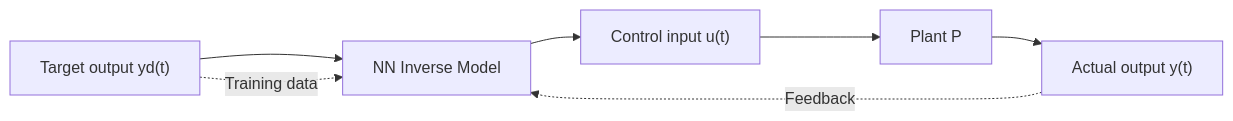
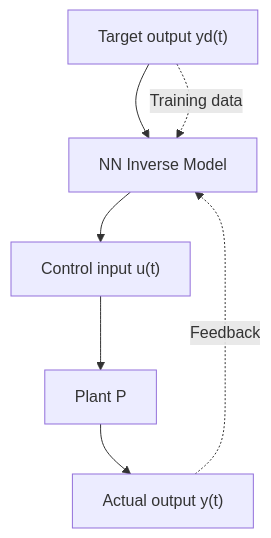
The diagram in part06_nn_control/theory/03_inverse_model.md (Samizo-AITL/EduController), drawn with Mermaid before and after one commit.

````diff
--- a/part06_nn_control/theory/03_inverse_model.md
+++ b/part06_nn_control/theory/03_inverse_model.md
@@ -52,9 +52,9 @@
 ```mermaid
-flowchart LR
+flowchart TB
     Yd["Target output yd(t)"] --> NN["NN Inverse Model"]
     NN --> U["Control input u(t)"]
     U --> P["Plant P"]
     P --> Y["Actual output y(t)"]
     Yd -.->|Training data| NN
     Y -.->|Feedback| NN
 ```
````
